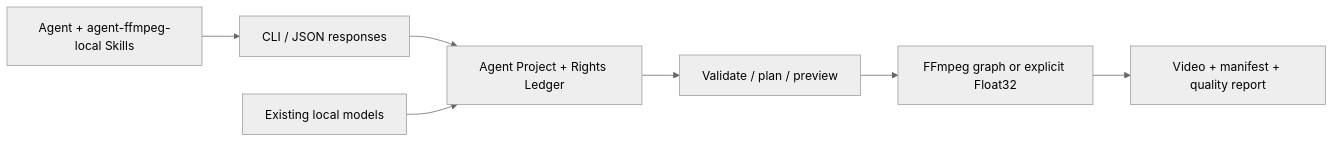
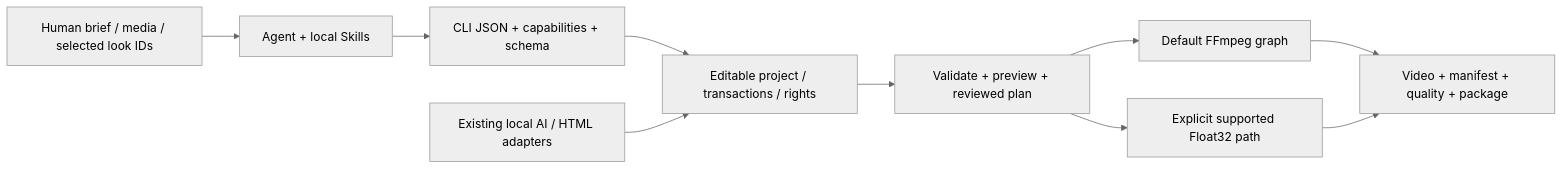
The diagram in README.en.md (copypasteltd/agent-editor-kit), drawn with Mermaid (neutral theme) before and after one commit. The commit also changed other lines of this file and 1633 other files, not shown here.

````diff
--- a/README.en.md
+++ b/README.en.md
@@ -15,9 +25,12 @@
 ```mermaid
 flowchart LR
-  A[Agent + agent-ffmpeg-local Skills] --> B[CLI / JSON responses]
-  B --> C[Agent Project + Rights Ledger]
-  C --> D[Validate / plan / preview]
-  D --> E[FFmpeg graph or explicit Float32]
-  E --> F[Video + manifest + quality report]
-  G[Existing local models] --> C
+  A[Human brief / media / selected look IDs] --> B[Agent + local Skills]
+  B --> C[CLI JSON + capabilities + schema]
+  C --> D[Editable project / transactions / rights]
+  D --> E[Validate + preview + reviewed plan]
+  E --> F[Default FFmpeg graph]
+  E --> G[Explicit supported Float32 path]
+  H[Existing local AI / HTML adapters] --> D
+  F --> I[Video + manifest + quality + package]
+  G --> I
 ```
````
